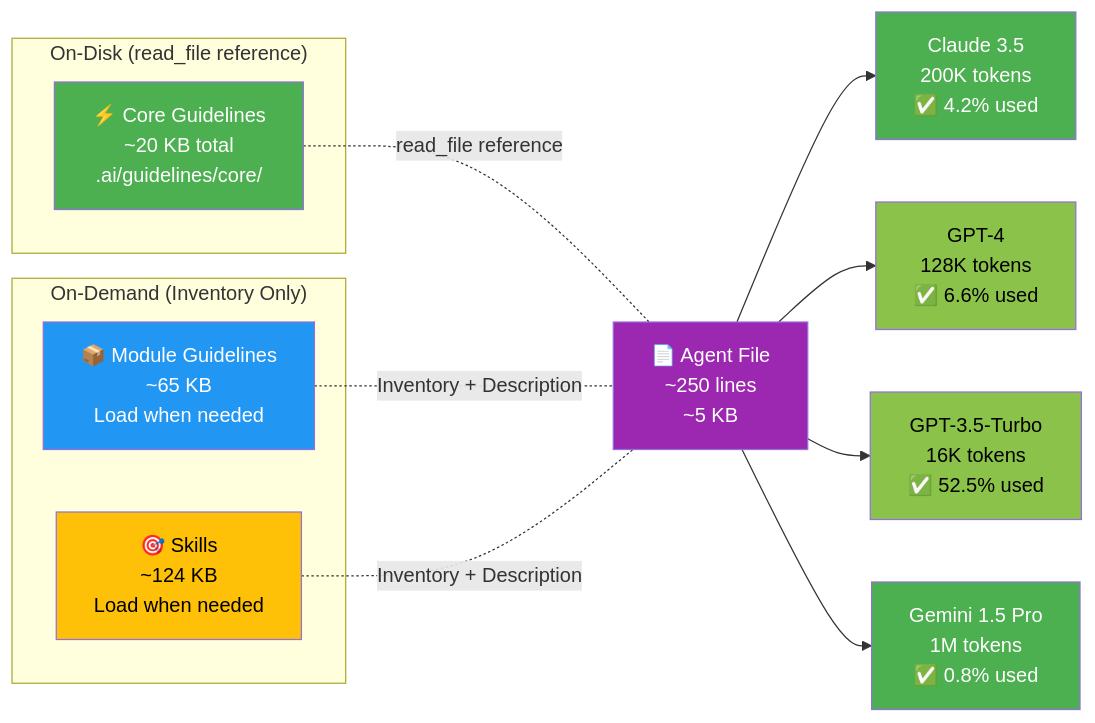
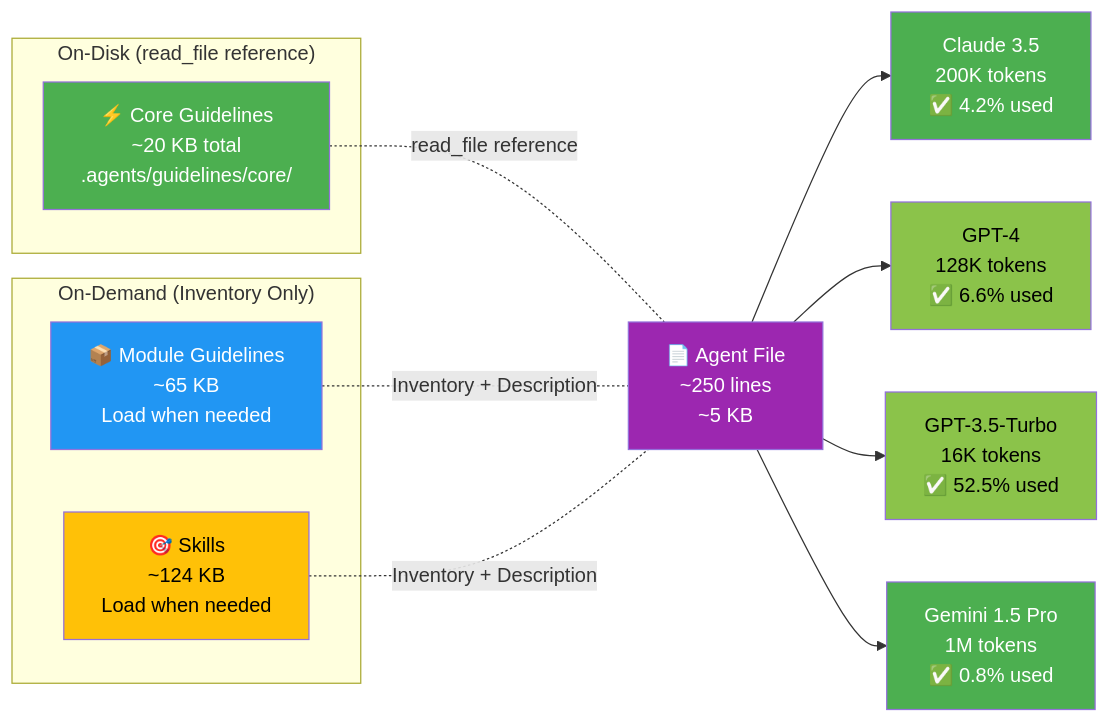
Before and after one commit to ortus-docs/coldbox-docs: the fifth of 8 diagrams in digging-deeper/ai/agentic-coldbox.md, drawn with Mermaid. The commit also changed other lines of this file, not shown here.

````diff
--- a/digging-deeper/ai/agentic-coldbox.md
+++ b/digging-deeper/ai/agentic-coldbox.md
@@ -344,31 +344,31 @@
 ```mermaid
 flowchart LR
     subgraph "On-Disk (read_file reference)"
-        Core["⚡ Core Guidelines\n~20 KB total\n.ai/guidelines/core/"]
+        Core["⚡ Core Guidelines\n~20 KB total\n.agents/guidelines/core/"]
     end
 
     subgraph "On-Demand (Inventory Only)"
         ModuleG["📦 Module Guidelines\n~65 KB\nLoad when needed"]
         Skills["🎯 Skills\n~124 KB\nLoad when needed"]
     end
 
     AgentFile["📄 Agent File\n~250 lines\n~5 KB"]
 
     Core -.-|"read_file reference"| AgentFile
     ModuleG -.-|"Inventory + Description"| AgentFile
     Skills -.-|"Inventory + Description"| AgentFile
 
     AgentFile --> Claude["Claude 3.5<br/>200K tokens<br/>✅ 4.2% used"]
     AgentFile --> GPT4["GPT-4<br/>128K tokens<br/>✅ 6.6% used"]
     AgentFile --> GPT35["GPT-3.5-Turbo<br/>16K tokens<br/>✅ 52.5% used"]
     AgentFile --> Gemini["Gemini 1.5 Pro<br/>1M tokens<br/>✅ 0.8% used"]
 
     style Core fill:#4caf50,color:#fff
     style ModuleG fill:#2196f3,color:#fff
     style Skills fill:#ffc107,color:#000
     style AgentFile fill:#9c27b0,color:#fff
     style Claude fill:#4caf50,color:#fff
     style GPT4 fill:#8bc34a,color:#000
     style GPT35 fill:#8bc34a,color:#000
     style Gemini fill:#4caf50,color:#fff
 ```
````
